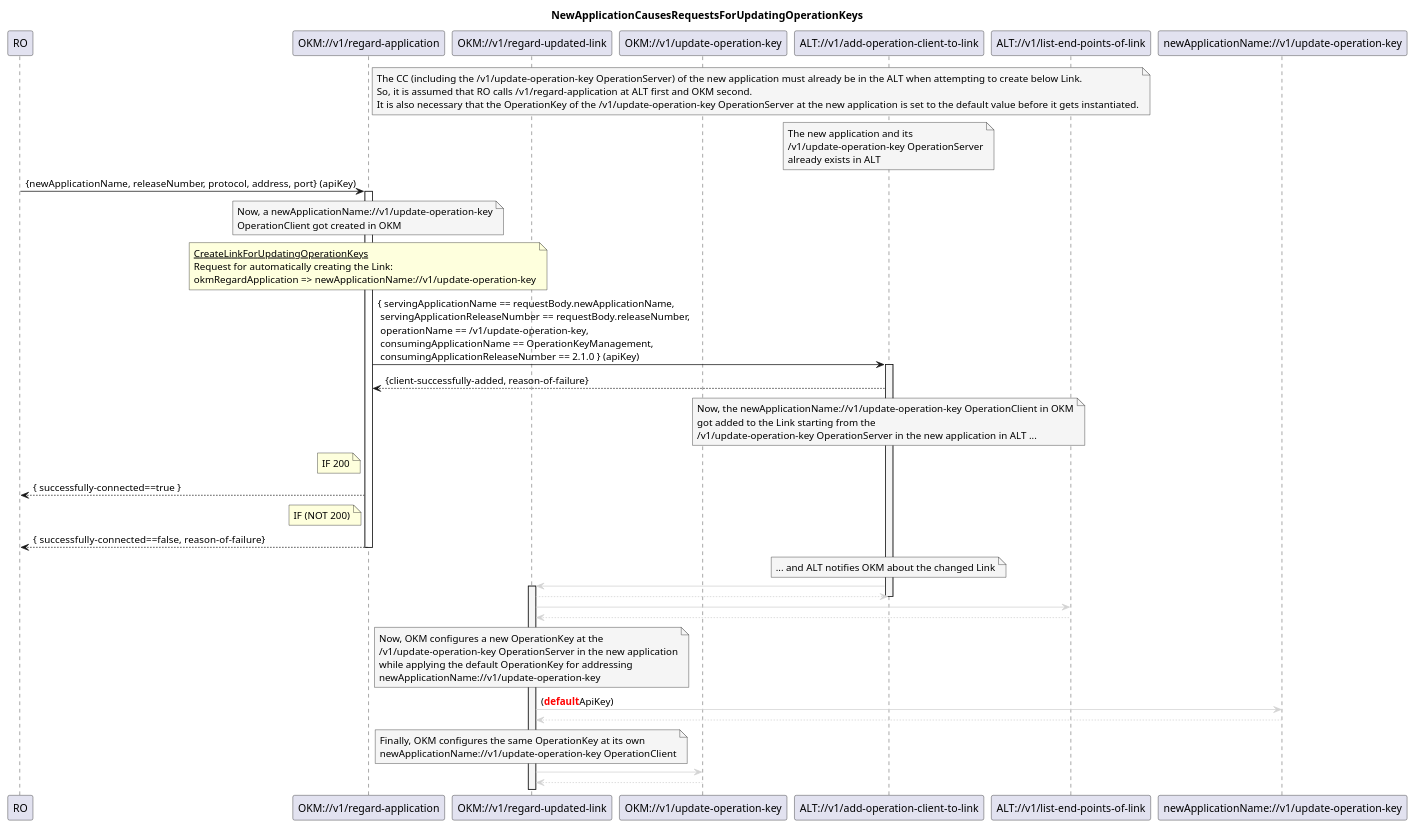
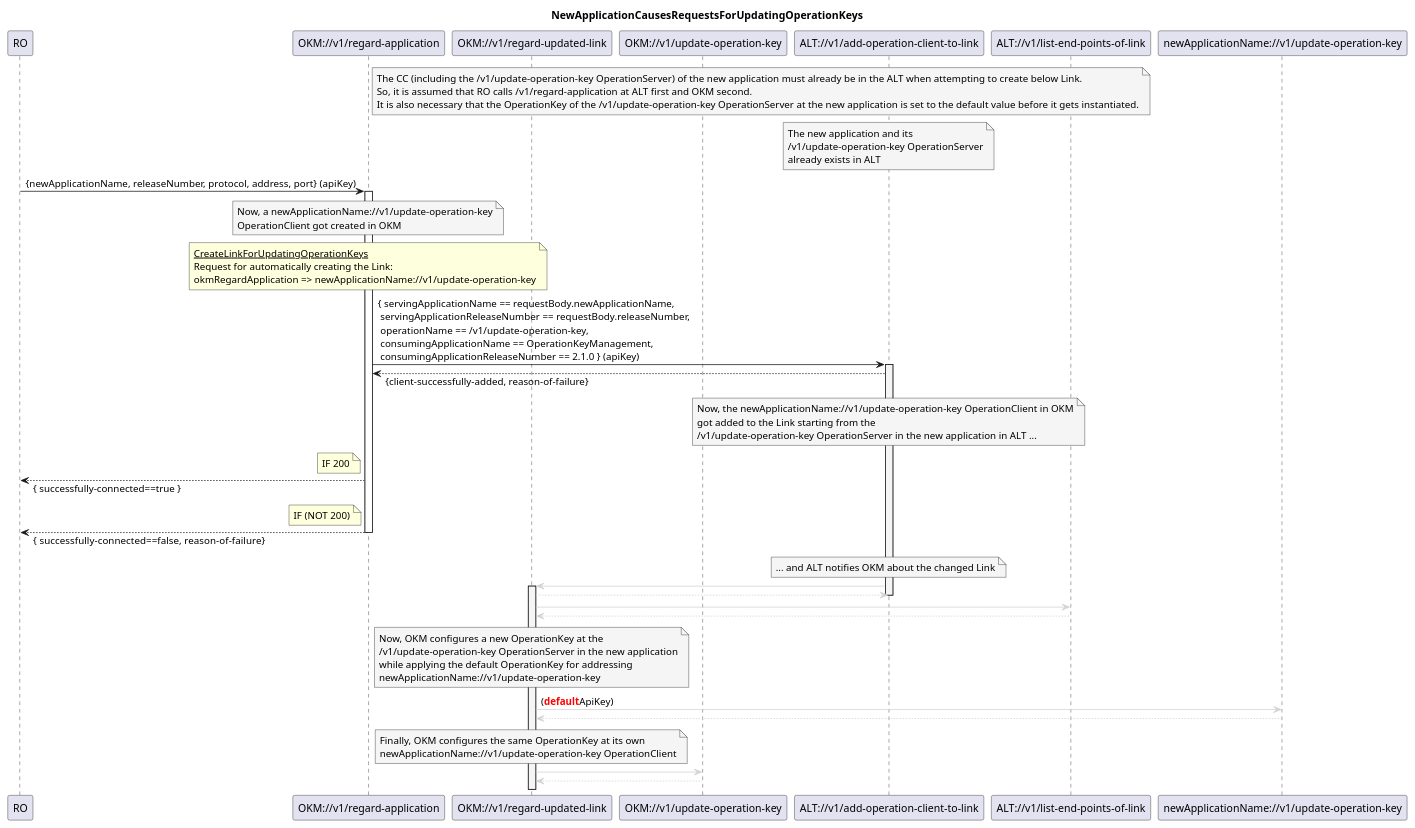
Before and after one commit to openBackhaul/OperationKeyManagement: the diagram in spec/diagrams/is001_regardApplicationCausesSequenceForTopologyChangeInformation.plantuml, drawn with PlantUML.

Commit message:
Correct response arrows in diagram

```diff
--- a/spec/diagrams/is001_regardApplicationCausesSequenceForTopologyChangeInformation.plantuml
+++ b/spec/diagrams/is001_regardApplicationCausesSequenceForTopologyChangeInformation.plantuml
@@ -1,94 +1,94 @@
 @startuml is001_regardApplicationCausesSequenceForUpdatingOperationKeys
 skinparam responseMessageBelowArrow true
 
 title
 NewApplicationCausesRequestsForUpdatingOperationKeys
 end title
 
 participant "RO" as ro
 participant "OKM://v1/regard-application" as okmRegardApplication
 participant "OKM://v1/regard-updated-link" as okmRegardLink
 participant "OKM://v1/update-operation-key" as okmUpdateKey
 participant "ALT://v1/add-operation-client-to-link" as altAddClientToLink
 participant "ALT://v1/list-end-points-of-link" as altListEndPoints
 participant "newApplicationName://v1/update-operation-key" as newApplicationUpdateKey
 
 note right okmRegardApplication #WhiteSmoke
 The CC (including the /v1/update-operation-key OperationServer) of the new application must already be in the ALT when attempting to create below Link.
 So, it is assumed that RO calls /v1/regard-application at ALT first and OKM second.
 It is also necessary that the OperationKey of the /v1/update-operation-key OperationServer at the new application is set to the default value before it gets instantiated.
 end note
 
 note over altAddClientToLink #WhiteSmoke
 The new application and its
 /v1/update-operation-key OperationServer
 already exists in ALT
 end note
 
 ro -> okmRegardApplication : {newApplicationName, releaseNumber, protocol, address, port} (apiKey)
 activate okmRegardApplication
 
 note over okmRegardApplication #WhiteSmoke
 Now, a newApplicationName://v1/update-operation-key
 OperationClient got created in OKM
 end note
 
 note over okmRegardApplication
 <u>CreateLinkForUpdatingOperationKeys</u>
 Request for automatically creating the Link:
 okmRegardApplication => newApplicationName://v1/update-operation-key
 end note
 okmRegardApplication -> altAddClientToLink : { servingApplicationName == requestBody.newApplicationName,\n servingApplicationReleaseNumber == requestBody.releaseNumber,\n operationName == /v1/update-operation-key,\n consumingApplicationName == OperationKeyManagement,\n consumingApplicationReleaseNumber == 2.1.0 } (apiKey)
 activate altAddClientToLink #WhiteSmoke
-altAddClientToLink --> okmRegardApplication : {client-successfully-added, reason-of-failure}
+okmRegardApplication <-- altAddClientToLink : {client-successfully-added, reason-of-failure}
 
 note over altAddClientToLink #WhiteSmoke
 Now, the newApplicationName://v1/update-operation-key OperationClient in OKM
 got added to the Link starting from the
 /v1/update-operation-key OperationServer in the new application in ALT ...
 end note
 
 note left okmRegardApplication
 IF 200
 end note
-okmRegardApplication --> ro : { successfully-connected==true }
+ro <-- okmRegardApplication : { successfully-connected==true }
 
 note left okmRegardApplication
 IF (NOT 200)
 end note
-okmRegardApplication --> ro : { successfully-connected==false,  reason-of-failure}
+ro <-- okmRegardApplication : { successfully-connected==false,  reason-of-failure}
 
 deactivate okmRegardApplication
 
 note over altAddClientToLink #WhiteSmoke
 ... and ALT notifies OKM about the changed Link
 end note
 
 altAddClientToLink -[#LightGrey]> okmRegardLink
 activate okmRegardLink #WhiteSmoke
-okmRegardLink -[#LightGrey]-> altAddClientToLink
+altAddClientToLink <[#LightGrey]-- okmRegardLink
 
 deactivate altAddClientToLink
 
 okmRegardLink -[#LightGrey]> altListEndPoints
-altListEndPoints --[#LightGrey]> okmRegardLink
+okmRegardLink <[#LightGrey]-- altListEndPoints
 
 note over okmRegardLink #WhiteSmoke
 Now, OKM configures a new OperationKey at the
 /v1/update-operation-key OperationServer in the new application
 while applying the default OperationKey for addressing
 newApplicationName://v1/update-operation-key
 end note
 
 okmRegardLink -[#LightGrey]> newApplicationUpdateKey : (<font color=red><b>default</b><font color=black>ApiKey)
-newApplicationUpdateKey --[#LightGrey]> okmRegardLink
+okmRegardLink <[#LightGrey]-- newApplicationUpdateKey
 
 note over okmRegardLink #WhiteSmoke
 Finally, OKM configures the same OperationKey at its own
 newApplicationName://v1/update-operation-key OperationClient
 end note
 
 okmRegardLink -[#LightGrey]> okmUpdateKey
-okmUpdateKey --[#LightGrey]> okmRegardLink
+okmRegardLink <[#LightGrey]-- okmUpdateKey
 
 @enduml
```
